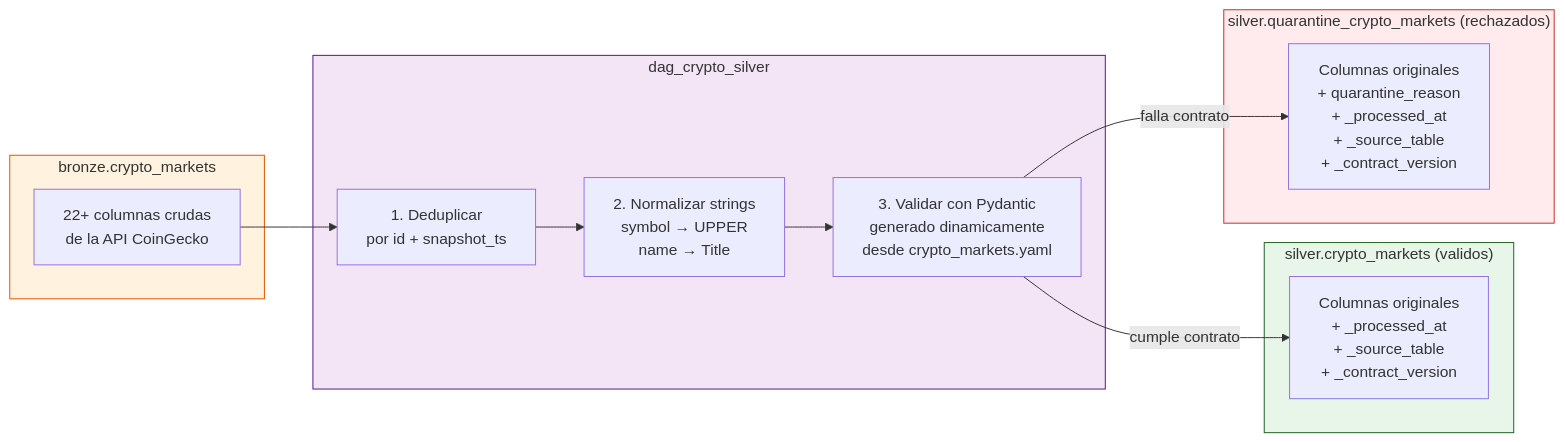
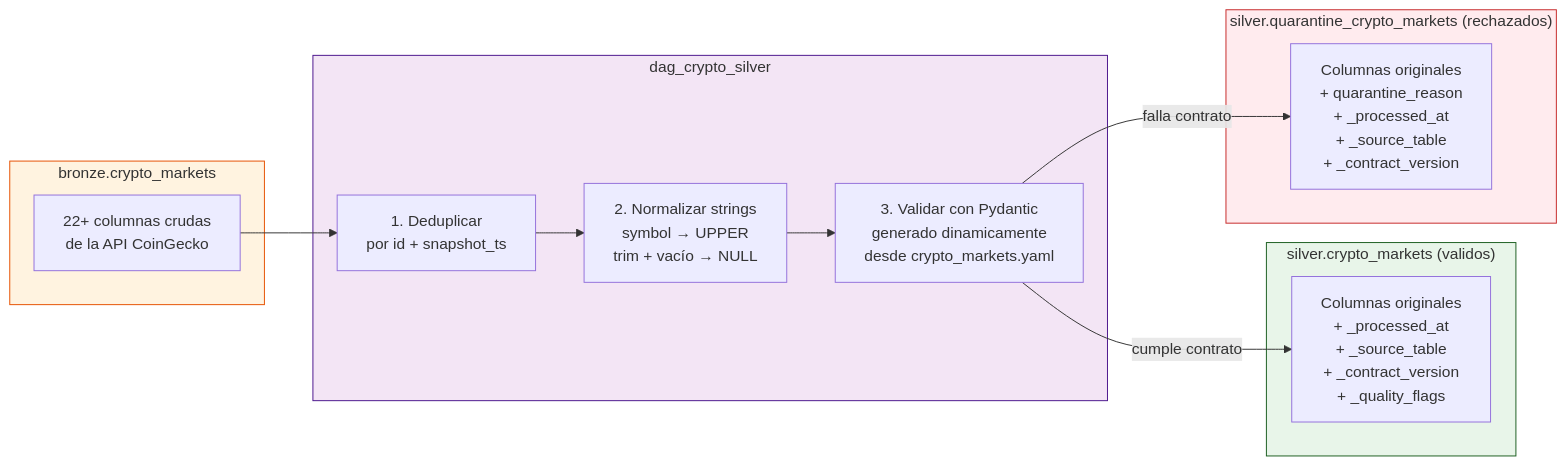
Before and after one commit to juansokil/LCD-InfraCienciaDatos: the second of 2 diagrams in clase04/README.md, drawn with Mermaid. The commit also changed other lines of this file and 23 other files, not shown here.

````diff
--- a/clase04/README.md
+++ b/clase04/README.md
@@ -38,29 +38,29 @@
 ```mermaid
 graph LR
     subgraph BR["bronze.crypto_markets"]
         B[22+ columnas crudas<br/>de la API CoinGecko]
     end
 
     subgraph PIPE["dag_crypto_silver"]
         P1[1. Deduplicar<br/>por id + snapshot_ts]
-        P2[2. Normalizar strings<br/>symbol → UPPER<br/>name → Title]
+        P2[2. Normalizar strings<br/>symbol → UPPER<br/>trim + vacío → NULL]
         P3[3. Validar con Pydantic<br/>generado dinamicamente<br/>desde crypto_markets.yaml]
     end
 
     subgraph SV["silver.crypto_markets (validos)"]
-        SVOK[Columnas originales<br/>+ _processed_at<br/>+ _source_table<br/>+ _contract_version]
+        SVOK[Columnas originales<br/>+ _processed_at<br/>+ _source_table<br/>+ _contract_version<br/>+ _quality_flags]
     end
 
     subgraph SQ["silver.quarantine_crypto_markets (rechazados)"]
         SQNG[Columnas originales<br/>+ quarantine_reason<br/>+ _processed_at<br/>+ _source_table<br/>+ _contract_version]
     end
 
     B --> P1 --> P2 --> P3
     P3 -->|cumple contrato| SVOK
     P3 -->|falla contrato| SQNG
 
     style BR fill:#fff3e0,stroke:#e65100
     style PIPE fill:#f3e5f5,stroke:#4a148c
     style SV fill:#e8f5e9,stroke:#1b5e20
     style SQ fill:#ffebee,stroke:#c62828
 ```
````
